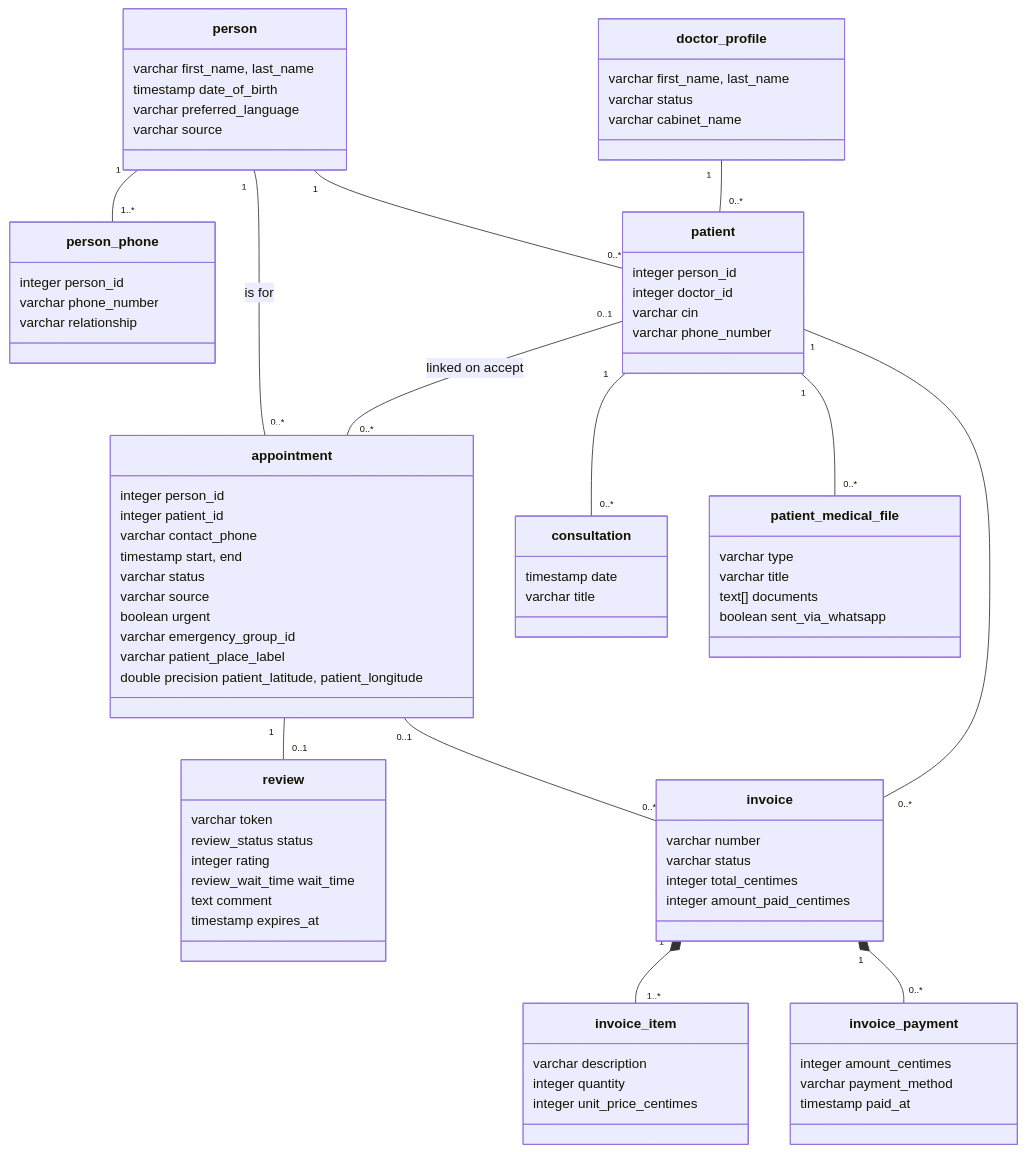
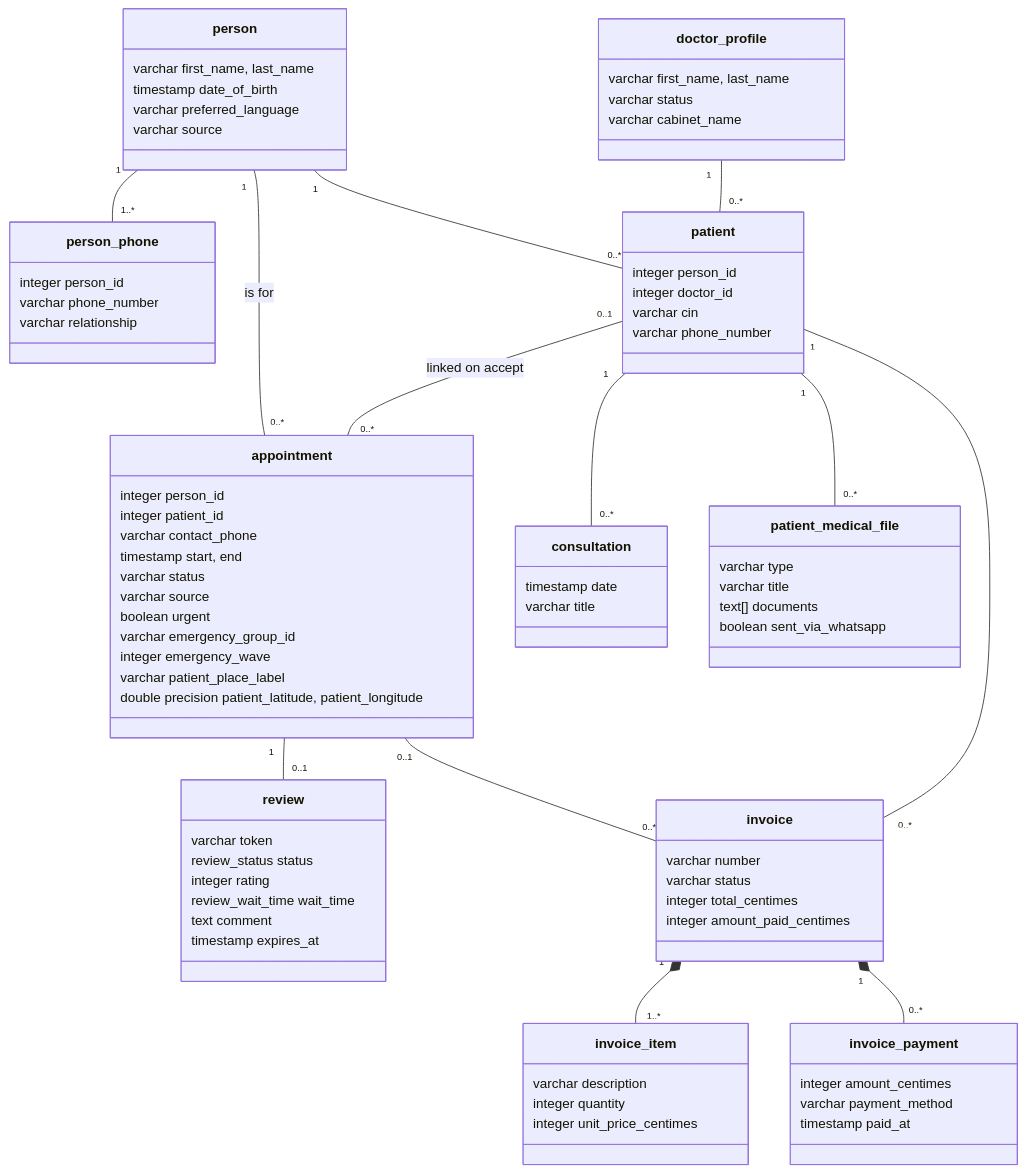
One commit to AtriOmar/riaya-report changed the diagram in images/diagrams/src/class_diagram_people_care.mmd. Above: the diagram before and after it, drawn with Mermaid. The commit also changed 6 other files, not shown here.

First line of the commit message:
Add emergency_wave and a color legend to the class diagrams

```diff
--- a/images/diagrams/src/class_diagram_people_care.mmd
+++ b/images/diagrams/src/class_diagram_people_care.mmd
@@ -1,87 +1,88 @@
 classDiagram
 direction TB
 
 class doctor_profile {
   varchar first_name, last_name
   varchar status
   varchar cabinet_name
 }
 class person {
   varchar first_name, last_name
   timestamp date_of_birth
   varchar preferred_language
   varchar source
 }
 class person_phone {
   integer person_id
   varchar phone_number
   varchar relationship
 }
 class patient {
   integer person_id
   integer doctor_id
   varchar cin
   varchar phone_number
 }
 class appointment {
   integer person_id
   integer patient_id
   varchar contact_phone
   timestamp start, end
   varchar status
   varchar source
   boolean urgent
   varchar emergency_group_id
+  integer emergency_wave
   varchar patient_place_label
   double precision patient_latitude, patient_longitude
 }
 class review {
   varchar token
   review_status status
   integer rating
   review_wait_time wait_time
   text comment
   timestamp expires_at
 }
 class consultation {
   timestamp date
   varchar title
 }
 class patient_medical_file {
   varchar type
   varchar title
   text[] documents
   boolean sent_via_whatsapp
 }
 class invoice {
   varchar number
   varchar status
   integer total_centimes
   integer amount_paid_centimes
 }
 class invoice_item {
   varchar description
   integer quantity
   integer unit_price_centimes
 }
 class invoice_payment {
   integer amount_centimes
   varchar payment_method
   timestamp paid_at
 }
 
 person "1" -- "1..*" person_phone
 person "1" -- "0..*" patient
 doctor_profile "1" -- "0..*" patient
 person "1" -- "0..*" appointment : is for
 patient "0..1" -- "0..*" appointment : linked on accept
 patient "1" -- "0..*" consultation
 patient "1" -- "0..*" patient_medical_file
 appointment "1" -- "0..1" review
 appointment "0..1" -- "0..*" invoice
 patient "1" -- "0..*" invoice
 invoice "1" *-- "1..*" invoice_item
 invoice "1" *-- "0..*" invoice_payment
 
 classDef ref fill:#EEEEEE,stroke:#A3A3A3
 class doctor_profile:::ref
```
